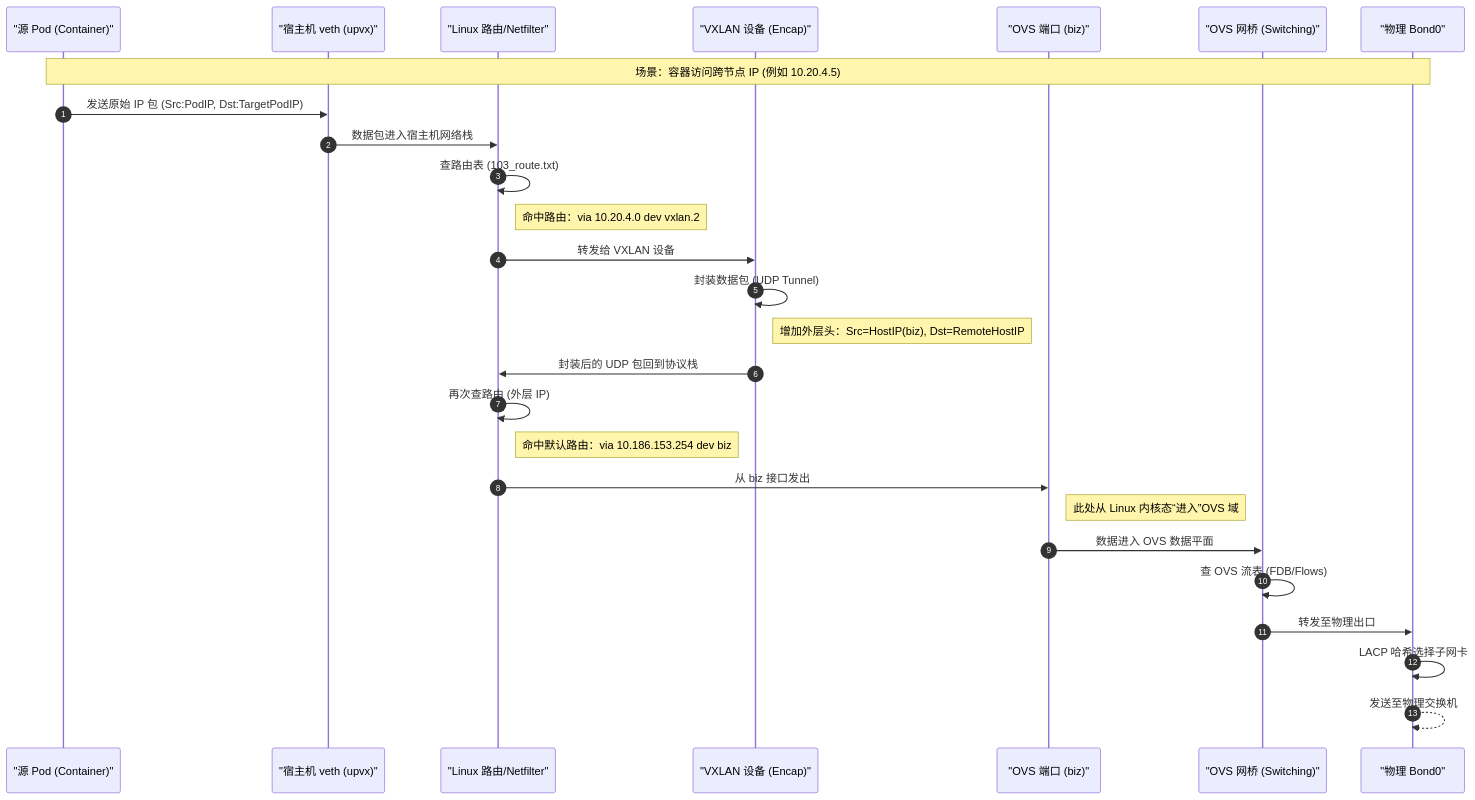
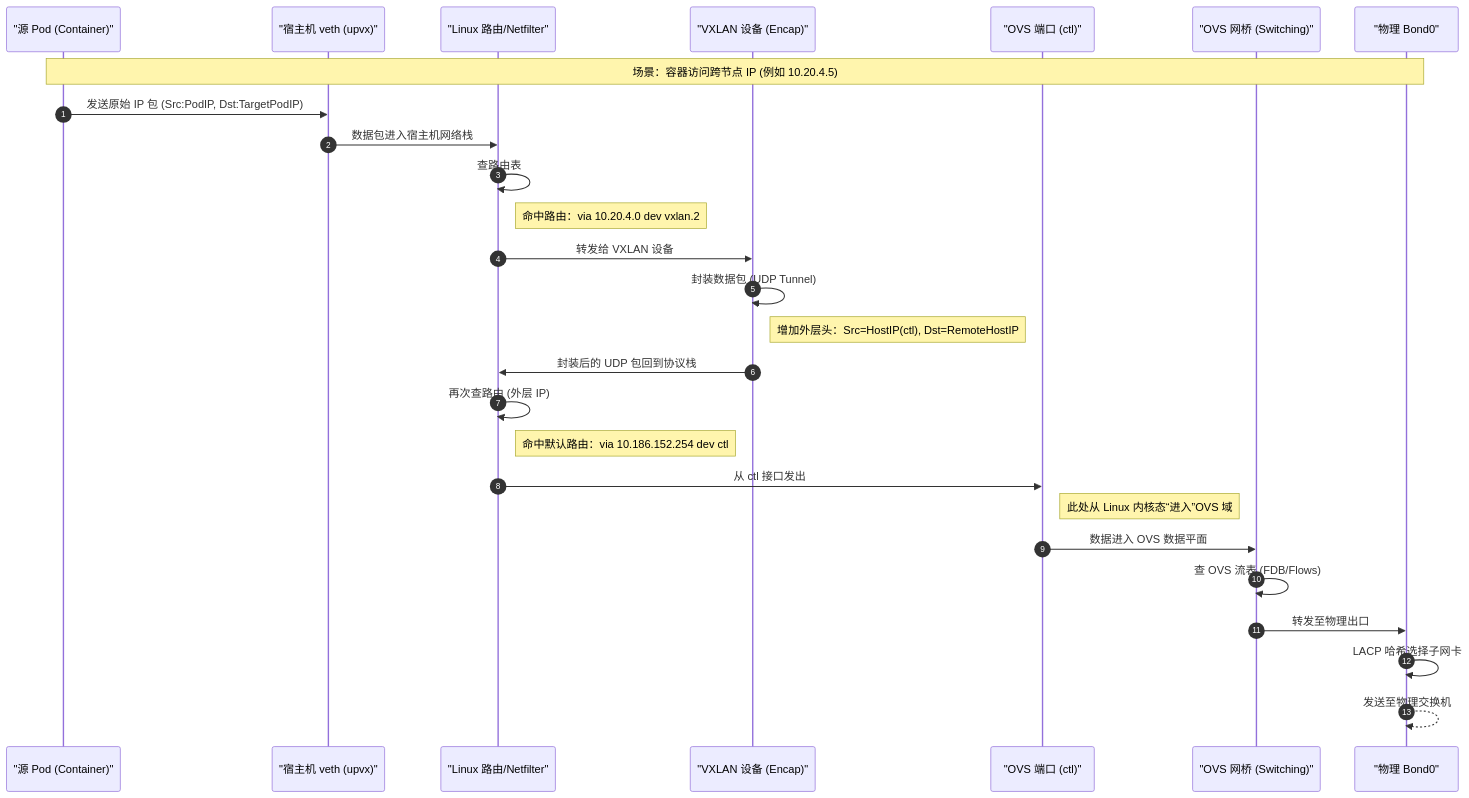
One commit to sq325/kikyo-blog changed the third of 3 diagrams in content/post/一个生产级k8s网络架构解析/index.md. Above: the diagram before and after it, drawn with Mermaid. The commit also changed other lines of this file, not shown here.

````diff
--- a/content/post/一个生产级k8s网络架构解析/index.md
+++ b/content/post/一个生产级k8s网络架构解析/index.md
@@ -240,37 +370,37 @@
 ```mermaid
 sequenceDiagram
     autonumber
     participant Pod as "源 Pod (Container)"
     participant Veth as "宿主机 veth (upvx)"
     participant Routing as "Linux 路由/Netfilter"
     participant Vxlan as "VXLAN 设备 (Encap)"
-    participant BizIf as "OVS 端口 (biz)"
+    participant BizIf as "OVS 端口 (ctl)"
     participant OVSBr as "OVS 网桥 (Switching)"
     participant PhyBond as "物理 Bond0"
 
     Note over Pod, PhyBond: 场景：容器访问跨节点 IP (例如 10.20.4.5)
 
     Pod->>Veth: 发送原始 IP 包 (Src:PodIP, Dst:TargetPodIP)
     Veth->>Routing: 数据包进入宿主机网络栈
     
-    Routing->>Routing: 查路由表 (103_route.txt)
+    Routing->>Routing: 查路由表
     Note right of Routing: 命中路由：via 10.20.4.0 dev vxlan.2
 
     Routing->>Vxlan: 转发给 VXLAN 设备
     Vxlan->>Vxlan: 封装数据包 (UDP Tunnel)
-    Note right of Vxlan: 增加外层头：Src=HostIP(biz), Dst=RemoteHostIP
+    Note right of Vxlan: 增加外层头：Src=HostIP(ctl), Dst=RemoteHostIP
 
     Vxlan->>Routing: 封装后的 UDP 包回到协议栈
     Routing->>Routing: 再次查路由 (外层 IP)
-    Note right of Routing: 命中默认路由：via 10.186.153.254 dev biz
+    Note right of Routing: 命中默认路由：via 10.186.152.254 dev ctl
 
-    Routing->>BizIf: 从 biz 接口发出
+    Routing->>BizIf: 从 ctl 接口发出
     Note right of BizIf: 此处从 Linux 内核态“进入”OVS 域
 
     BizIf->>OVSBr: 数据进入 OVS 数据平面
     OVSBr->>OVSBr: 查 OVS 流表 (FDB/Flows)
     
     OVSBr->>PhyBond: 转发至物理出口
     PhyBond->>PhyBond: LACP 哈希选择子网卡
     PhyBond-->>PhyBond: 发送至物理交换机
 ```
````
